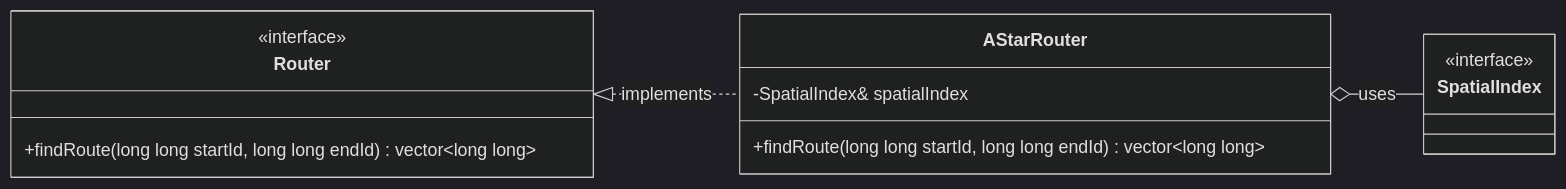
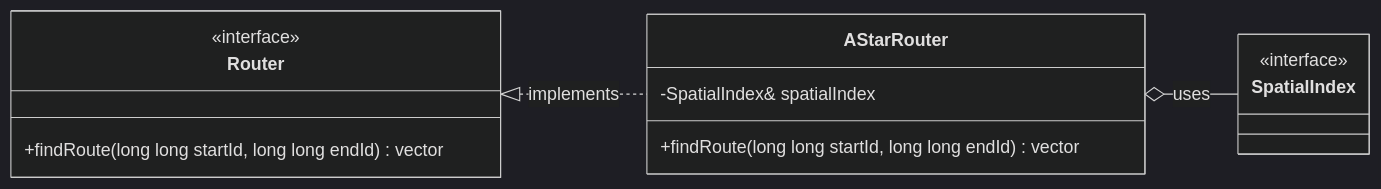
One commit to mnaatjes/elite-dangerous-dev changed the fourth of 5 diagrams in docs/engine_design.md. Above: the diagram before and after it, drawn with Mermaid (dark theme). The commit also changed other lines of this file and 1 other file, not shown here.

Commit message:
planning engine design - mermaid fixed

````diff
--- a/docs/engine_design.md
+++ b/docs/engine_design.md
@@ -85,17 +74,17 @@
 ```mermaid
 classDiagram
   direction LR
   class Router {
     <<interface>>
-    +findRoute(long long startId, long long endId) vector~long long~
+    +findRoute(long long startId, long long endId) vector<long long>
   }
   class AStarRouter {
     -SpatialIndex& spatialIndex
-    +findRoute(long long startId, long long endId) vector~long long~
+    +findRoute(long long startId, long long endId) vector<long long>
   }
   class SpatialIndex {
     <<interface>>
   }
   Router <|.. AStarRouter : implements
   AStarRouter o-- SpatialIndex : uses
 ```
````
